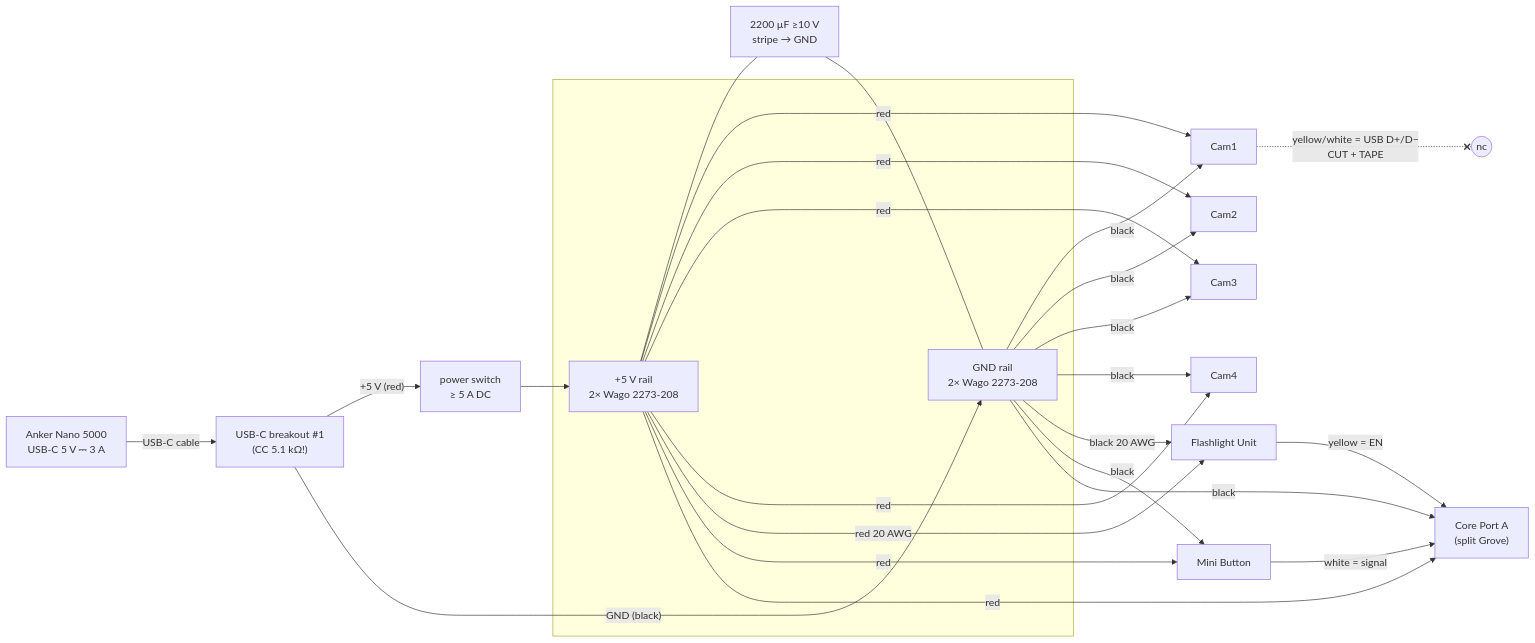
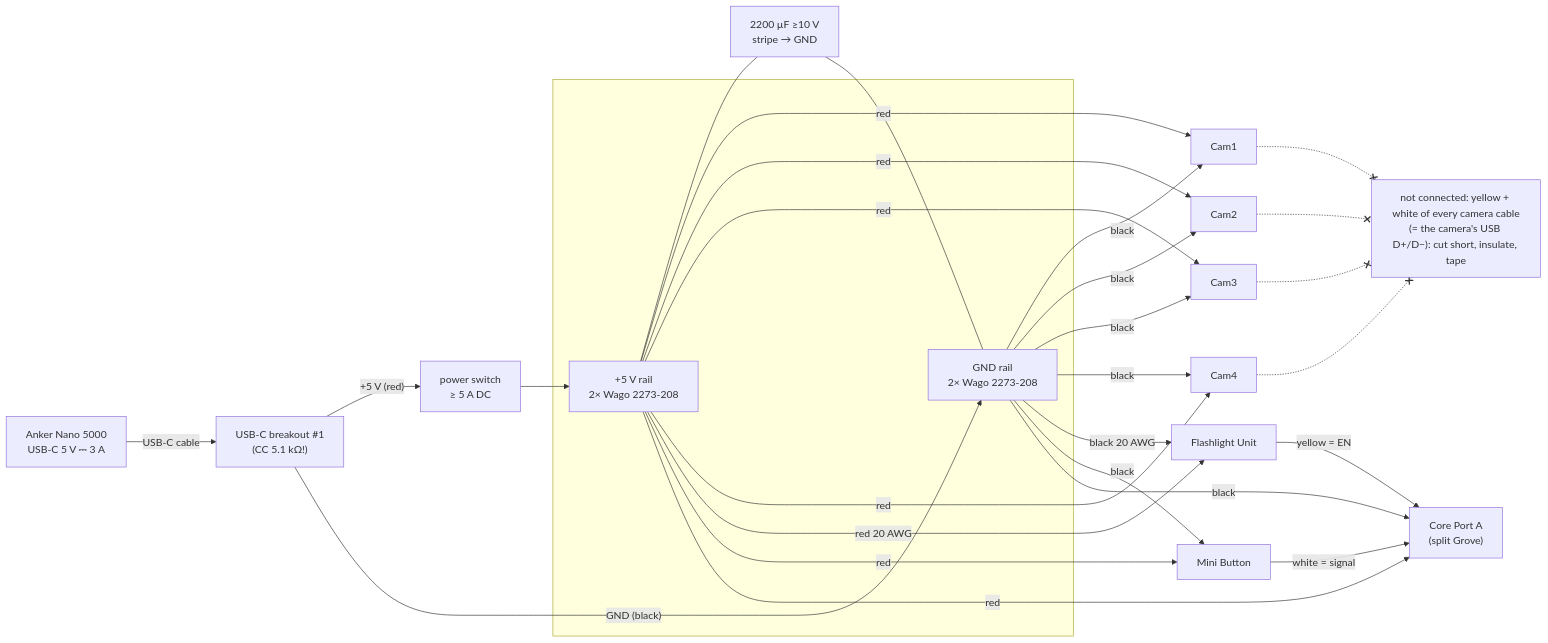
Before and after one commit to qurle/x4: the diagram in docs/WIRING.md, drawn with Mermaid.

Commit message:
Wiring diagram: the cut data wires apply to all four cameras
The dashed "CUT + TAPE → nc" line was drawn from Cam1 only and read like a Cam1-only wire. It now
comes from all four cameras and says in words what to do.

Claude-Session: https://claude.ai/code/session_0166ZDAHrCUh9EJkhe6TtjpU

````diff
--- a/docs/WIRING.md
+++ b/docs/WIRING.md
@@ -12,24 +12,24 @@
 ```mermaid
 flowchart LR
   BANK["Anker Nano 5000<br/>USB-C 5 V ⎓ 3 A"] -->|USB-C cable| BRK["USB-C breakout #1<br/>(CC 5.1 kΩ!)"]
   BRK -->|"+5 V (red)"| SW["power switch<br/>≥ 5 A DC"]
   BRK -->|"GND (black)"| GRAIL
   SW --> PRAIL["+5 V rail<br/>2× Wago 2273-208"]
   subgraph rails[" "]
     PRAIL
     GRAIL["GND rail<br/>2× Wago 2273-208"]
   end
   CAP["2200 µF ≥10 V<br/>stripe → GND"]
   PRAIL --- CAP --- GRAIL
   PRAIL -->|red| C1[Cam1] & C2[Cam2] & C3[Cam3] & C4[Cam4]
   GRAIL -->|black| C1 & C2 & C3 & C4
   PRAIL -->|"red 20 AWG"| FL[Flashlight Unit]
   GRAIL -->|"black 20 AWG"| FL
   PRAIL -->|red| BTN[Mini Button]
   GRAIL -->|black| BTN
   PRAIL -->|"red"| PA["Core Port A<br/>(split Grove)"]
   GRAIL -->|"black"| PA
   FL -->|"yellow = EN"| PA
   BTN -->|"white = signal"| PA
-  C1 -.-x|"yellow/white = USB D+/D−<br/>CUT + TAPE"| X((nc))
+  C1 & C2 & C3 & C4 -.-x NC["not connected: yellow + white of every camera cable<br/>(= the camera's USB D+/D−): cut short, insulate, tape"]
 ```
````
